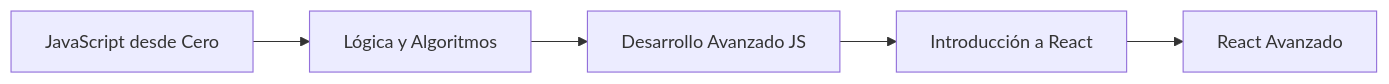
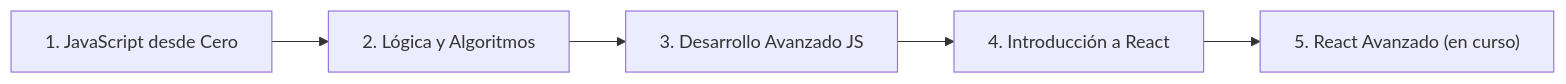
Before and after one commit to JoseBenin82/JavaScript-desde-Cero: the diagram in README.md, drawn with Mermaid. The commit also changed other lines of this file, not shown here.

````diff
--- a/README.md
+++ b/README.md
@@ -28,7 +60,7 @@
 ```mermaid
 graph LR
-    A[JavaScript desde Cero] --> B[Lógica y Algoritmos]
-    B --> C[Desarrollo Avanzado JS]
-    C --> D[Introducción a React]
-    D --> E[React Avanzado]
+    A["1. JavaScript desde Cero"] --> B["2. Lógica y Algoritmos"]
+    B --> C["3. Desarrollo Avanzado JS"]
+    C --> D["4. Introducción a React"]
+    D --> E["5. React Avanzado (en curso)"]
 ```
````
